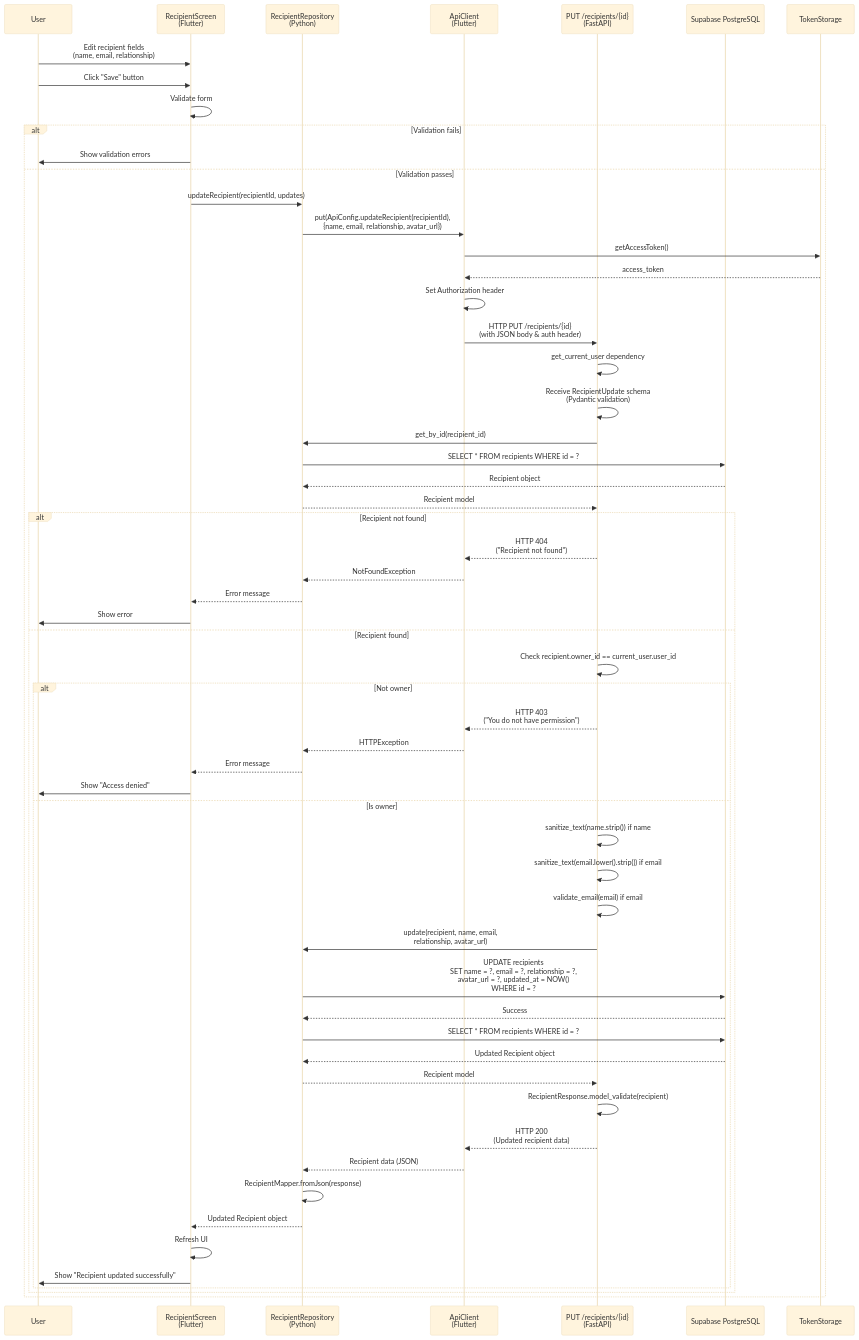
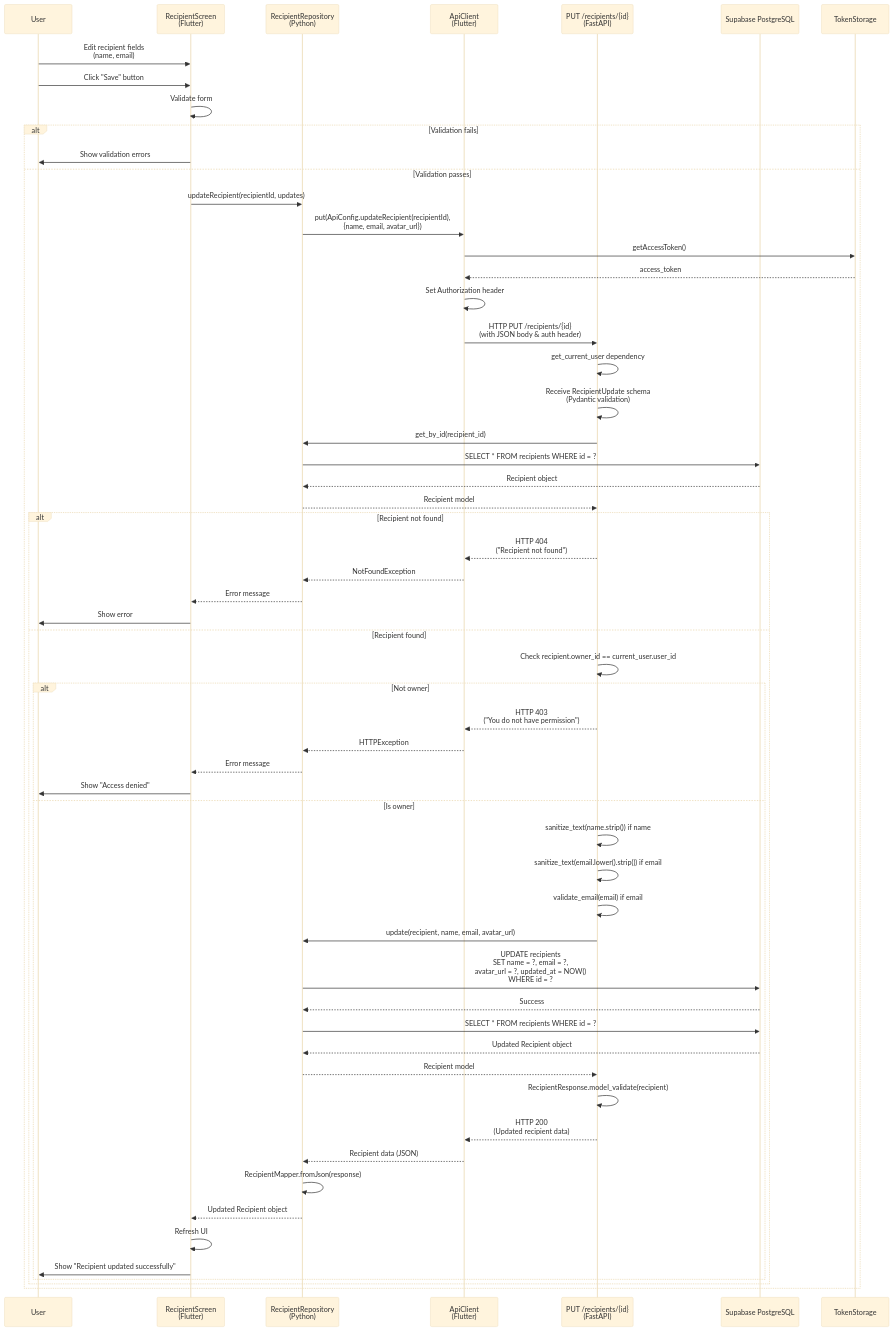
Before and after one commit to sunilkumarvuppala/open-on-app: diagram 13 of 25 in docs/SEQUENCE_DIAGRAMS.md, drawn with Mermaid (base theme). The commit also changed other lines of this file and 51 other files, not shown here.

````diff
--- a/docs/SEQUENCE_DIAGRAMS.md
+++ b/docs/SEQUENCE_DIAGRAMS.md
@@ -1094,68 +1093,68 @@
 ```mermaid
 sequenceDiagram
     participant User
     participant RecipientScreen as RecipientScreen<br/>(Flutter)
     participant RecipientRepo as ApiRecipientRepository<br/>(Flutter)
     participant ApiClient as ApiClient<br/>(Flutter)
     participant RecipientAPI as PUT /recipients/{id}<br/>(FastAPI)
     participant RecipientRepo as RecipientRepository<br/>(Python)
     participant DB as Supabase PostgreSQL
 
-    User->>RecipientScreen: Edit recipient fields<br/>(name, email, relationship)
+    User->>RecipientScreen: Edit recipient fields<br/>(name, email)
     User->>RecipientScreen: Click "Save" button
     RecipientScreen->>RecipientScreen: Validate form
     
     alt Validation fails
         RecipientScreen->>User: Show validation errors
     else Validation passes
         RecipientScreen->>RecipientRepo: updateRecipient(recipientId, updates)
-        RecipientRepo->>ApiClient: put(ApiConfig.updateRecipient(recipientId),<br/>{name, email, relationship, avatar_url})
+        RecipientRepo->>ApiClient: put(ApiConfig.updateRecipient(recipientId),<br/>{name, email, avatar_url})
         ApiClient->>TokenStorage: getAccessToken()
         TokenStorage-->>ApiClient: access_token
         ApiClient->>ApiClient: Set Authorization header
         ApiClient->>RecipientAPI: HTTP PUT /recipients/{id}<br/>(with JSON body & auth header)
         
         RecipientAPI->>RecipientAPI: get_current_user dependency
         RecipientAPI->>RecipientAPI: Receive RecipientUpdate schema<br/>(Pydantic validation)
         RecipientAPI->>RecipientRepo: get_by_id(recipient_id)
         RecipientRepo->>DB: SELECT * FROM recipients WHERE id = ?
         DB-->>RecipientRepo: Recipient object
         RecipientRepo-->>RecipientAPI: Recipient model
         
         alt Recipient not found
             RecipientAPI-->>ApiClient: HTTP 404<br/>("Recipient not found")
             ApiClient-->>RecipientRepo: NotFoundException
             RecipientRepo-->>RecipientScreen: Error message
             RecipientScreen->>User: Show error
         else Recipient found
             RecipientAPI->>RecipientAPI: Check recipient.owner_id == current_user.user_id
             
             alt Not owner
                 RecipientAPI-->>ApiClient: HTTP 403<br/>("You do not have permission")
                 ApiClient-->>RecipientRepo: HTTPException
                 RecipientRepo-->>RecipientScreen: Error message
                 RecipientScreen->>User: Show "Access denied"
             else Is owner
                 RecipientAPI->>RecipientAPI: sanitize_text(name.strip()) if name
                 RecipientAPI->>RecipientAPI: sanitize_text(email.lower().strip()) if email
                 RecipientAPI->>RecipientAPI: validate_email(email) if email
                 
-                RecipientAPI->>RecipientRepo: update(recipient, name, email,<br/>relationship, avatar_url)
-                RecipientRepo->>DB: UPDATE recipients<br/>SET name = ?, email = ?, relationship = ?,<br/>avatar_url = ?, updated_at = NOW()<br/>WHERE id = ?
+                RecipientAPI->>RecipientRepo: update(recipient, name, email, avatar_url)
+                RecipientRepo->>DB: UPDATE recipients<br/>SET name = ?, email = ?,<br/>avatar_url = ?, updated_at = NOW()<br/>WHERE id = ?
                 DB-->>RecipientRepo: Success
                 RecipientRepo->>DB: SELECT * FROM recipients WHERE id = ?
                 DB-->>RecipientRepo: Updated Recipient object
                 RecipientRepo-->>RecipientAPI: Recipient model
                 
                 RecipientAPI->>RecipientAPI: RecipientResponse.model_validate(recipient)
                 RecipientAPI-->>ApiClient: HTTP 200<br/>(Updated recipient data)
                 
                 ApiClient-->>RecipientRepo: Recipient data (JSON)
                 RecipientRepo->>RecipientRepo: RecipientMapper.fromJson(response)
                 RecipientRepo-->>RecipientScreen: Updated Recipient object
                 RecipientScreen->>RecipientScreen: Refresh UI
                 RecipientScreen->>User: Show "Recipient updated successfully"
             end
         end
     end
 ```
````
